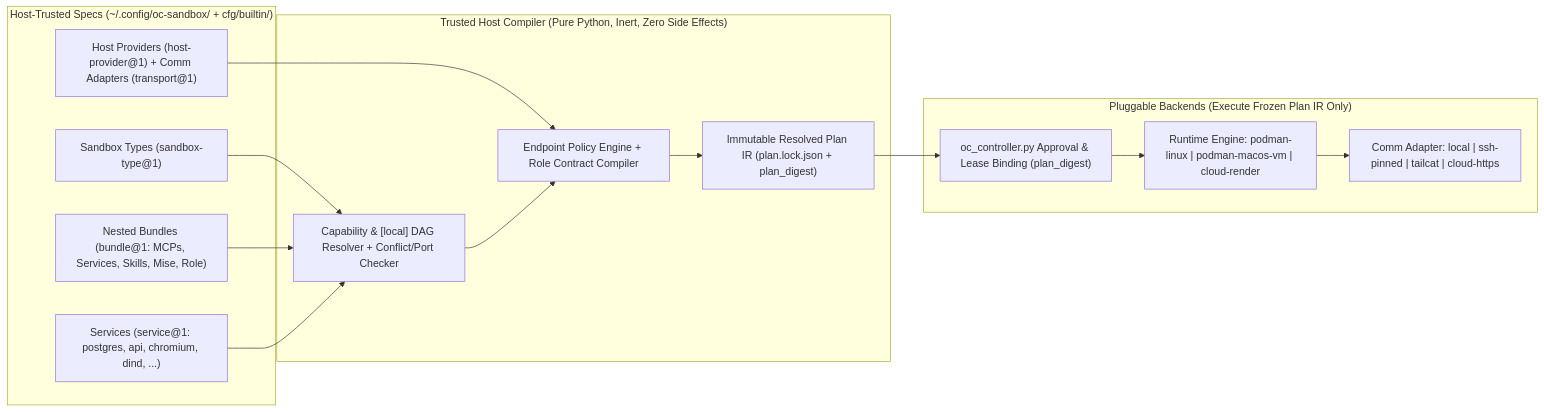
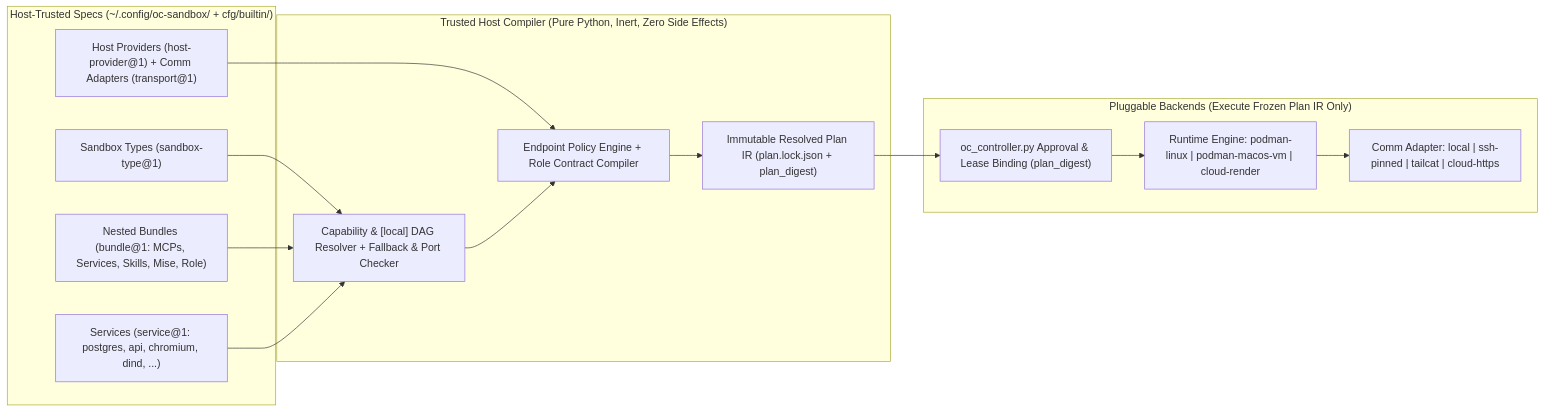
One commit to gorban/opencode-sandbox changed the diagram in docs/prds/prd_l.md. Above: the diagram before and after it, drawn with Mermaid. The commit also changed other lines of this file, not shown here.

````diff
--- a/docs/prds/prd_l.md
+++ b/docs/prds/prd_l.md
@@ -26,27 +38,27 @@
 ```mermaid
 flowchart LR
     subgraph SPEC["Host-Trusted Specs (~/.config/oc-sandbox/ + cfg/builtin/)"]
         ST["Sandbox Types (sandbox-type@1)"]
         BN["Nested Bundles (bundle@1: MCPs, Services, Skills, Mise, Role)"]
         SV["Services (service@1: postgres, api, chromium, dind, ...)"]
         HP["Host Providers (host-provider@1) + Comm Adapters (transport@1)"]
     end
 
     subgraph COMP["Trusted Host Compiler (Pure Python, Inert, Zero Side Effects)"]
-        DAG["Capability & [local] DAG Resolver + Conflict/Port Checker"]
+        DAG["Capability & [local] DAG Resolver + Fallback & Port Checker"]
         POL["Endpoint Policy Engine + Role Contract Compiler"]
         IR["Immutable Resolved Plan IR (plan.lock.json + plan_digest)"]
         ST --> DAG
         BN --> DAG
         SV --> DAG
         HP --> POL
         DAG --> POL --> IR
     end
 
     subgraph EXEC["Pluggable Backends (Execute Frozen Plan IR Only)"]
         ENG["Runtime Engine: podman-linux | podman-macos-vm | cloud-render"]
         TR["Comm Adapter: local | ssh-pinned | tailcat | cloud-https"]
         CTL["oc_controller.py Approval & Lease Binding (plan_digest)"]
         IR --> CTL --> ENG --> TR
     end
 ```
````
